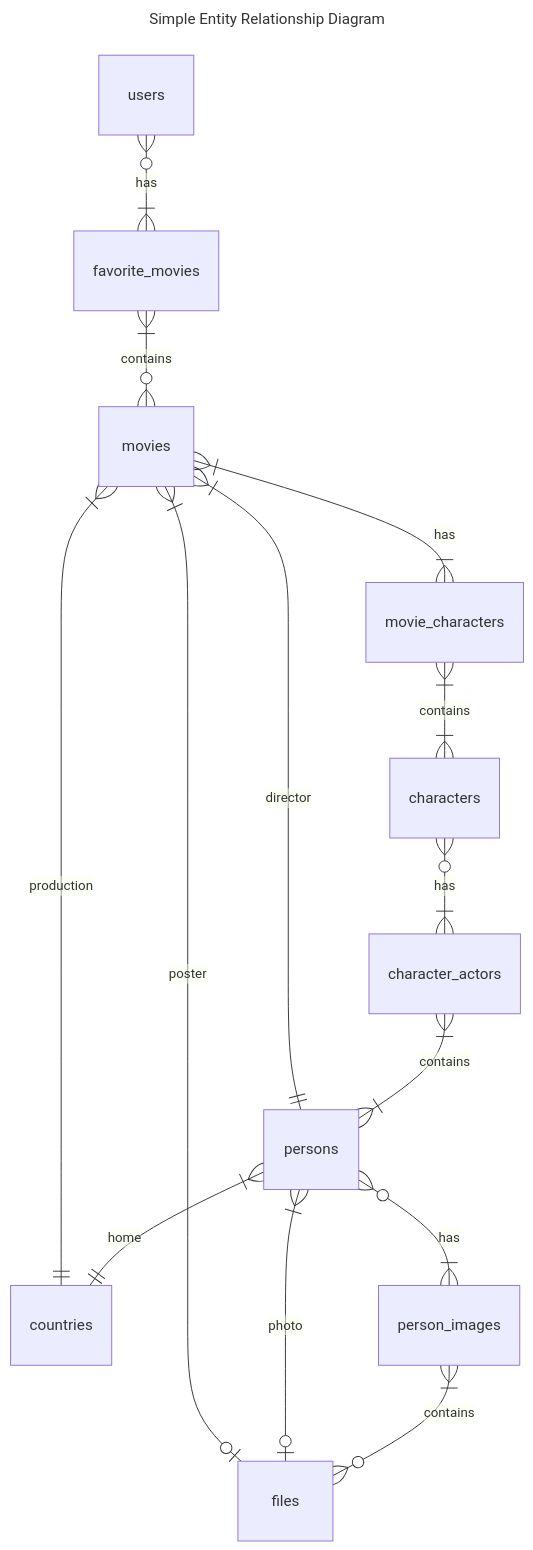
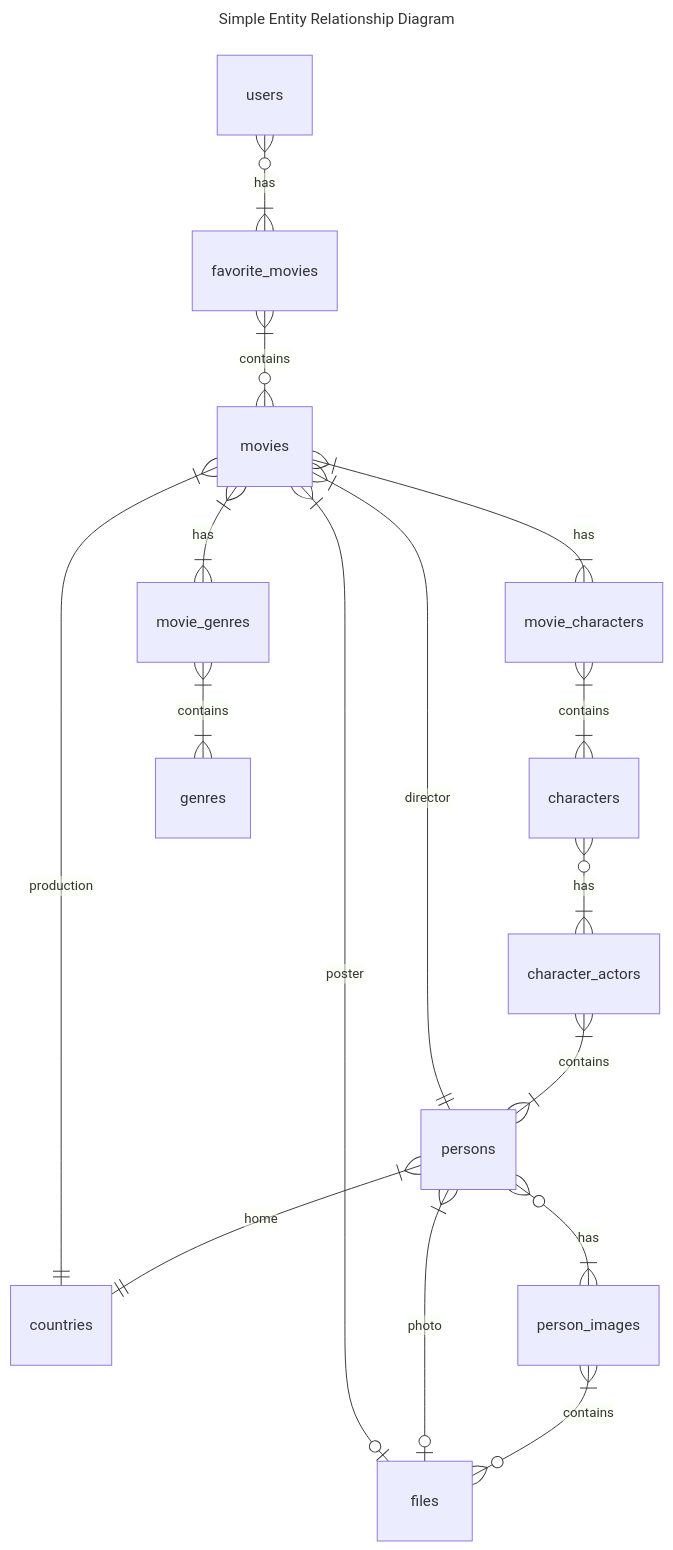
Before and after one commit to KeidsID/bsa-2024-db-sql: the first of 2 diagrams in README.md, drawn with Mermaid. The commit also changed other lines of this file and 2 other files, not shown here.

Commit message:
feat(sql/data): add missing genres

````diff
--- a/README.md
+++ b/README.md
@@ -10,22 +10,24 @@
 ```mermaid
 ---
 title: Simple Entity Relationship Diagram
 ---
 erDiagram
   users }o--|{ favorite_movies : has
   favorite_movies }|--o{ movies : contains
 
   movies }|--|| persons : director
   movies }|--|| countries : production
   movies }|--o| files : poster
   movies }|--|{ movie_characters : has
   movie_characters }|--|{ characters : contains
+  movies }|--|{ movie_genres : has
+  movie_genres }|--|{ genres : contains
 
   persons }|--|| countries : home
   persons }|--o| files : photo
   persons }o--|{ person_images: has
   person_images }|--o{ files : contains
 
   characters }o--|{ character_actors : has
   character_actors }|--|{ persons : contains
 ```
````
